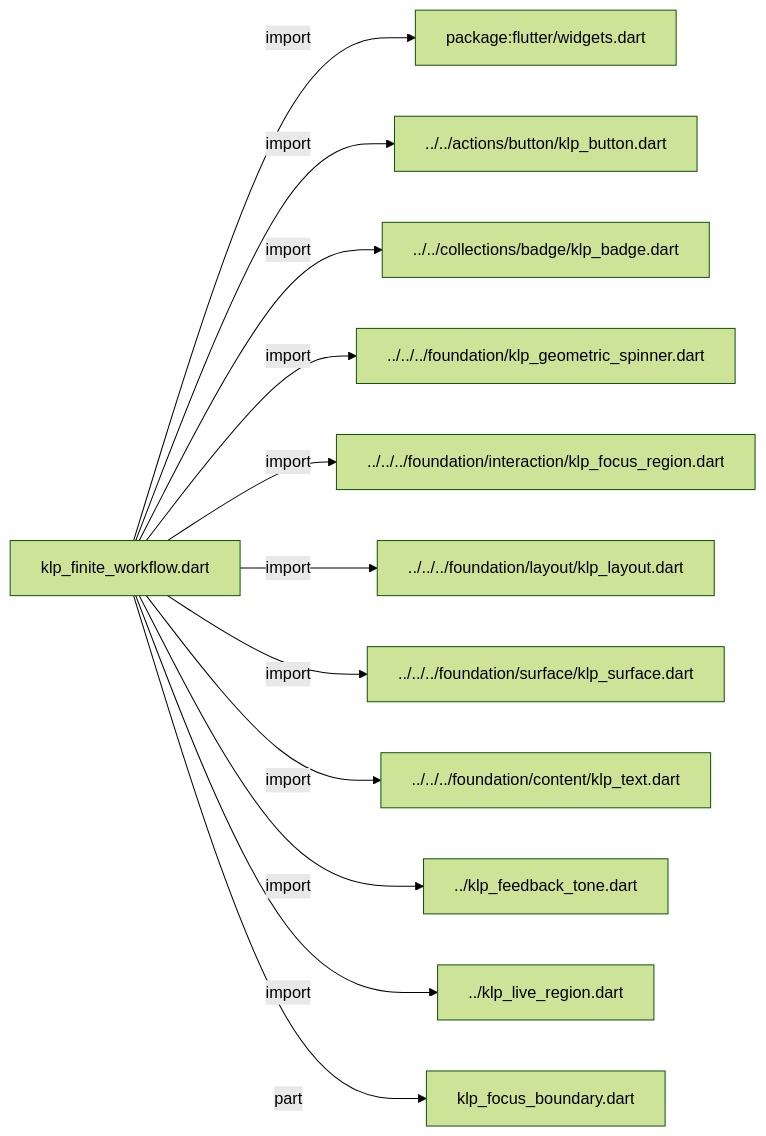
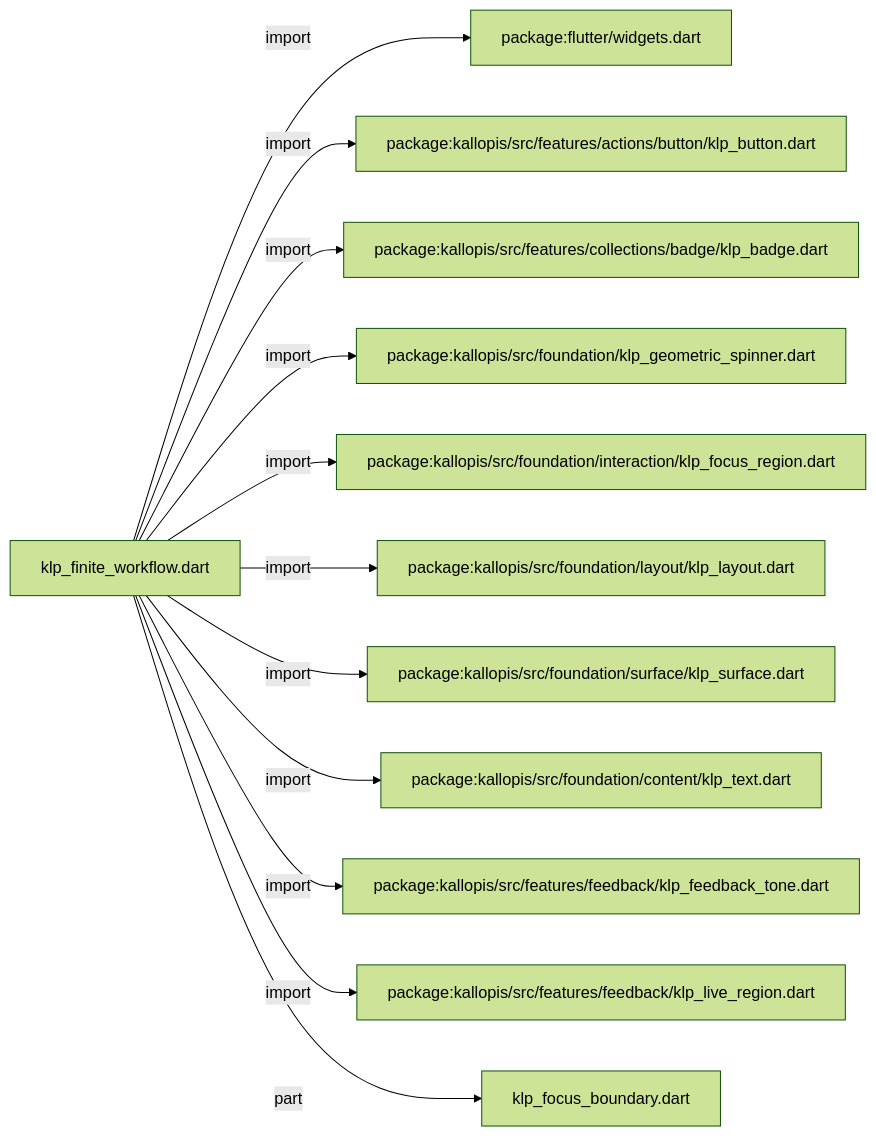
The first of 2 diagrams in docs/architecture/src/features/feedback/workflow/klp_finite_workflow.md (MiuDog/Kallopis), drawn with Mermaid (forest theme) before and after one commit. The commit also changed other lines of this file and 9688 other files, not shown here.

Commit message:
Prepare isolated Flow F2 peer baseline

````diff
--- a/docs/architecture/src/features/feedback/workflow/klp_finite_workflow.md
+++ b/docs/architecture/src/features/feedback/workflow/klp_finite_workflow.md
@@ -11,26 +11,26 @@
 ```mermaid
 flowchart LR
 	n0["klp_finite_workflow.dart"]
 	n1["package:flutter/widgets.dart"]
-	n2["../../actions/button/klp_button.dart"]
-	n3["../../collections/badge/klp_badge.dart"]
-	n4["../../../foundation/klp_geometric_spinner.dart"]
-	n5["../../../foundation/interaction/klp_focus_region.dart"]
-	n6["../../../foundation/layout/klp_layout.dart"]
-	n7["../../../foundation/surface/klp_surface.dart"]
-	n8["../../../foundation/content/klp_text.dart"]
-	n9["../klp_feedback_tone.dart"]
-	n10["../klp_live_region.dart"]
+	n2["package:kallopis/src/features/actions/button/klp_button.dart"]
+	n3["package:kallopis/src/features/collections/badge/klp_badge.dart"]
+	n4["package:kallopis/src/foundation/klp_geometric_spinner.dart"]
+	n5["package:kallopis/src/foundation/interaction/klp_focus_region.dart"]
+	n6["package:kallopis/src/foundation/layout/klp_layout.dart"]
+	n7["package:kallopis/src/foundation/surface/klp_surface.dart"]
+	n8["package:kallopis/src/foundation/content/klp_text.dart"]
+	n9["package:kallopis/src/features/feedback/klp_feedback_tone.dart"]
+	n10["package:kallopis/src/features/feedback/klp_live_region.dart"]
 	n11["klp_focus_boundary.dart"]
 	n0 -->|"import"| n1
 	n0 -->|"import"| n2
 	n0 -->|"import"| n3
 	n0 -->|"import"| n4
 	n0 -->|"import"| n5
 	n0 -->|"import"| n6
 	n0 -->|"import"| n7
 	n0 -->|"import"| n8
 	n0 -->|"import"| n9
 	n0 -->|"import"| n10
 	n0 -->|"part"| n11
 ```
````
